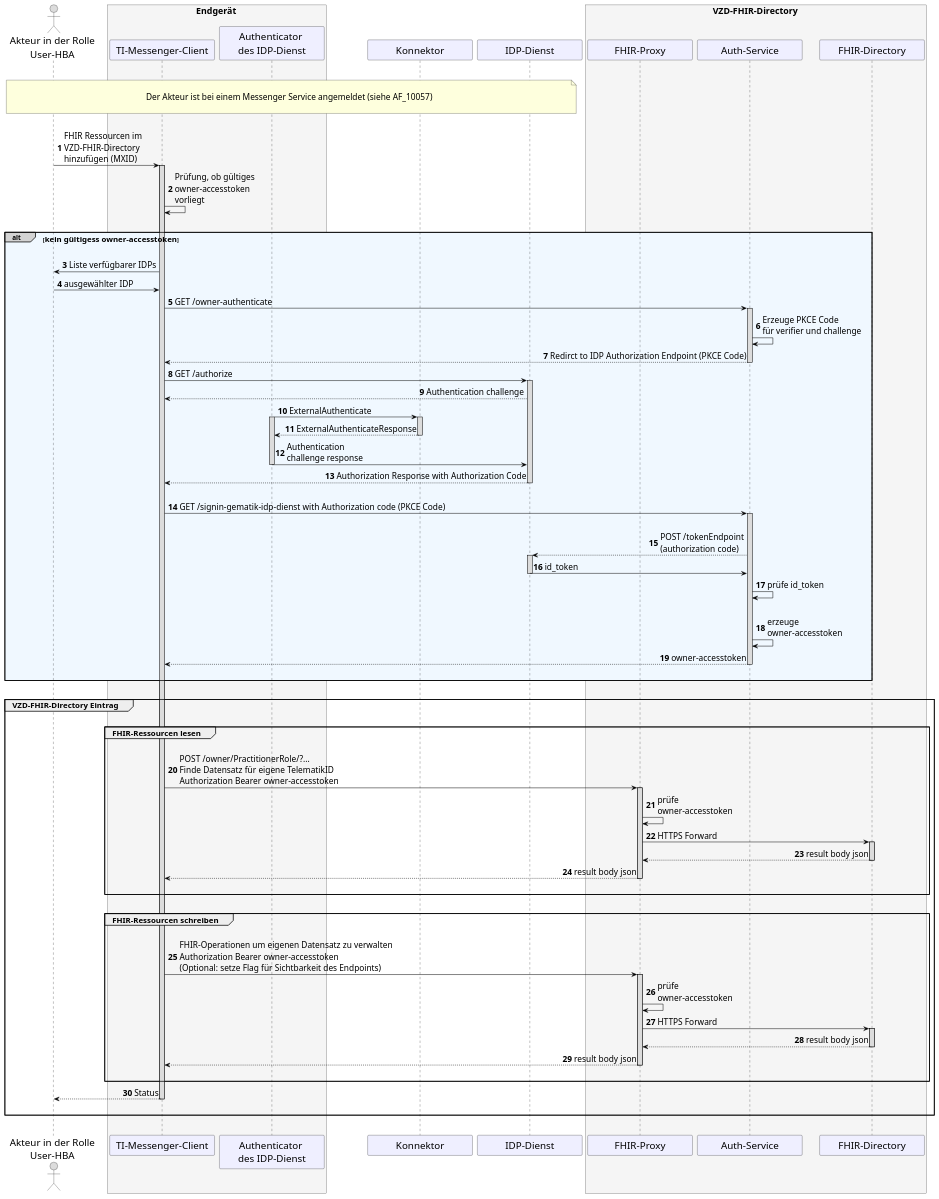
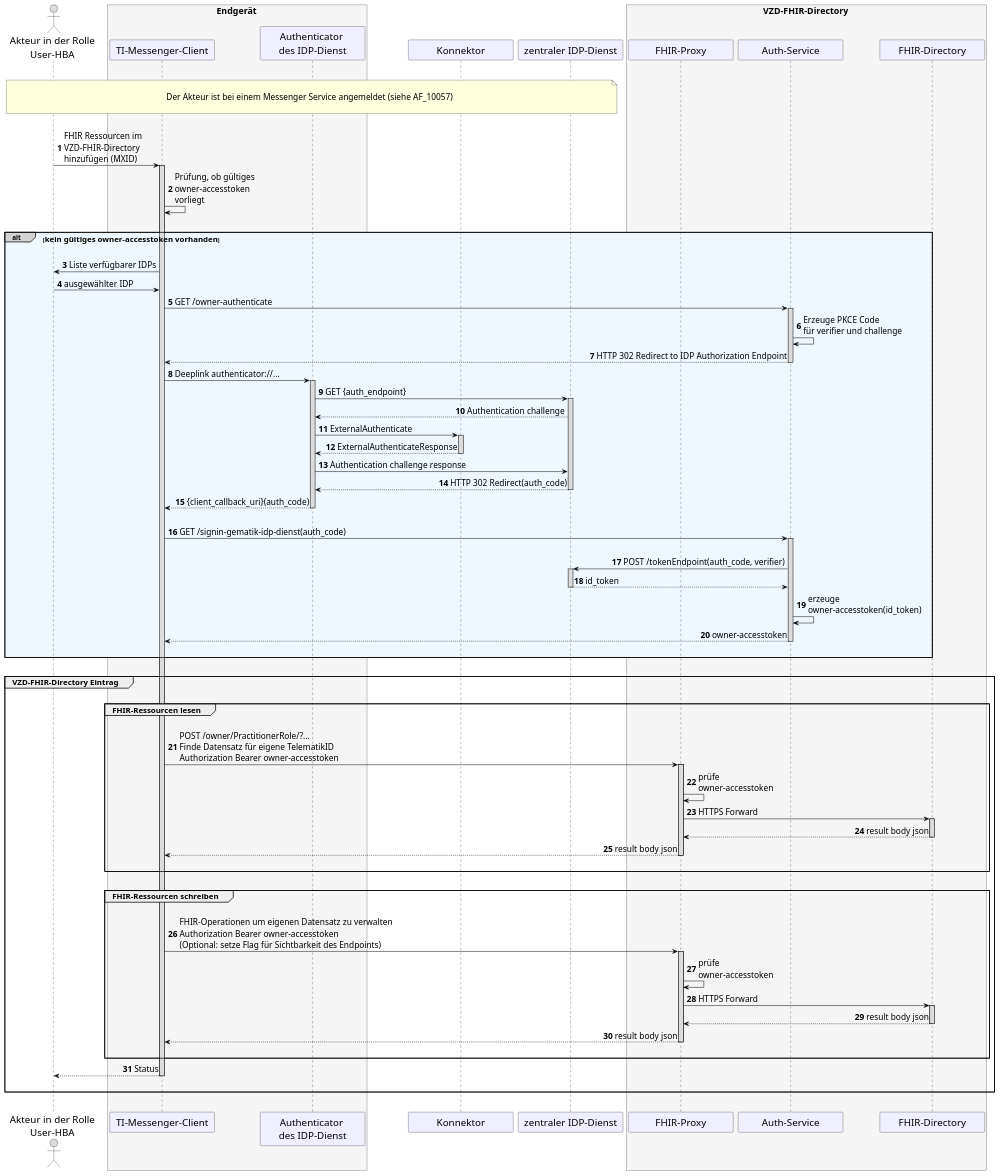
The diagram in src/plantuml/TI-Messenger-Dienst/Ressourcen/UC_10058_Seq.puml (gematik/api-ti-messenger), drawn with PlantUML before and after one commit.

Commit message:
corrected auth-flow

```diff
--- a/src/plantuml/TI-Messenger-Dienst/Ressourcen/UC_10058_Seq.puml
+++ b/src/plantuml/TI-Messenger-Dienst/Ressourcen/UC_10058_Seq.puml
@@ -9,136 +9,140 @@
 @startuml
 skinparam sequenceMessageAlign direction
 skinparam minClassWidth 200
 skinparam BoxPadding 1
 skinparam sequenceReferenceHeaderBackgroundColor palegreen
 scale max 2048 width
 
 skinparam sequence {
 ArrowColor black
 ArrowFontSize 17
 ActorBorderColor black
 LifeLineBorderColor black
 LifeLineBackgroundColor Gainsboro
 
 ParticipantBorderColor Motivation
 ParticipantBackgroundColor Motivation
 ParticipantFontName Impact
 ParticipantFontSize 20
 ParticipantFontColor black
 ParticipantBorderColor Black
 ParticipantBackgroundColor MOTIVATION
 
 ActorBackgroundColor Gainsboro
 ActorFontColor black
 ActorFontSize 20
 ActorFontName Aapex
 }
 
 autonumber
 
 actor U as "Akteur in der Rolle\nUser-HBA"
 box <size:18>Endgerät</size> #WhiteSmoke
   participant C as "TI-Messenger-Client"
   participant A as "Authenticator \ndes IDP-Dienst"
 end box
 participant konnektor as "Konnektor"
-participant I as "IDP-Dienst" 
+participant I as "zentraler IDP-Dienst" 
 box <size:18>VZD-FHIR-Directory</size> #WhiteSmoke
   participant FP as "FHIR-Proxy"
   participant Auth as "Auth-Service"
   participant VZD as "FHIR-Directory"
 end box
 
 |||
 note over U, I: \n<size:17>Der Akteur ist bei einem Messenger Service angemeldet (siehe AF_10057)</size>\n
 |||
 
 U->C: FHIR Ressourcen im \nVZD-FHIR-Directory \nhinzufügen (MXID)
   Activate C
 C->C: Prüfung, ob gültiges \nowner-accesstoken \nvorliegt
 
 |||
-alt#LightGrey #AliceBlue <size:16>kein gültigess owner-accesstoken</size>
+alt#LightGrey #AliceBlue <size:16>kein gültiges owner-accesstoken vorhanden</size>
 |||
 
   C->U: Liste verfügbarer IDPs
   U->C: ausgewählter IDP
 
   C->Auth: GET /owner-authenticate
     Activate Auth
   Auth->Auth: Erzeuge PKCE Code \nfür verifier und challenge
-  Auth-->C: Redirct to IDP Authorization Endpoint (PKCE Code)
-    Deactivate Auth
+  Auth-->C: HTTP 302 Redirect to IDP Authorization Endpoint
+  Deactivate Auth
 
-  C->I: GET /authorize
-    Activate I
-  I-->C: Authentication challenge
-  A -> konnektor++: ExternalAuthenticate
+  C->A++: Deeplink authenticator://...
+  A->I: GET {auth_endpoint}
+  Activate I
 
-  Activate A
+  'C->I: GET /authorize
+  I-->A: Authentication challenge
+  A->konnektor++: ExternalAuthenticate
+
+  'Activate A
   konnektor --> A: ExternalAuthenticateResponse
   deactivate konnektor
   
-  A->I: Authentication \nchallenge response
+  A->I: Authentication challenge response
+  I-->A: HTTP 302 Redirect(auth_code)
+  Deactivate I
+  A-->C: {client_callback_uri}(auth_code)
+'checkpoint
+
     Deactivate A
-  I-->C: Authorization Response with Authorization Code
-    Deactivate I
        
   |||          
-  C->Auth: GET /signin-gematik-idp-dienst with Authorization code (PKCE Code)
+  C->Auth: GET /signin-gematik-idp-dienst(auth_code)
     Activate Auth
   |||
-  Auth-->I: POST /tokenEndpoint\n(authorization code)
-    Activate I
-  I->Auth: id_token
-    Deactivate I
-  Auth->Auth: prüfe id_token
-  |||
-  Auth->Auth: erzeuge \nowner-accesstoken
+  Auth->I: POST /tokenEndpoint(auth_code, verifier)
+  Activate I
+  return id_token
+  Deactivate I
+  Auth->Auth: erzeuge \nowner-accesstoken(id_token)
   Auth-->C: owner-accesstoken
     Deactivate Auth
   |||
 end
       
 |||
 
 group <size:16>VZD-FHIR-Directory Eintrag</size>
   |||
   group <size:16>FHIR-Ressourcen lesen</size>
   |||
   C->FP: POST /owner/PractitionerRole/?... \nFinde Datensatz für eigene TelematikID \nAuthorization Bearer owner-accesstoken
     Activate FP
   FP->FP: prüfe \nowner-accesstoken
   FP->VZD: HTTPS Forward
     Activate VZD
   VZD-->FP: result body json
     Deactivate VZD
   FP-->C: result body json
     Deactivate FP
   |||
   end
     
   |||
   group <size:16>FHIR-Ressourcen schreiben</size>
   |||
   C->FP: FHIR-Operationen um eigenen Datensatz zu verwalten \nAuthorization Bearer owner-accesstoken \n(Optional: setze Flag für Sichtbarkeit des Endpoints)
     Activate FP
   FP->FP: prüfe \nowner-accesstoken
   FP->VZD: HTTPS Forward
     Activate VZD
   VZD-->FP: result body json
     Deactivate VZD
   FP-->C: result body json
     Deactivate FP
      
   |||
   end
 
   C-->U: Status    
     Deactivate C
   |||
 end
 |||
 
   Deactivate C
 @enduml
```
